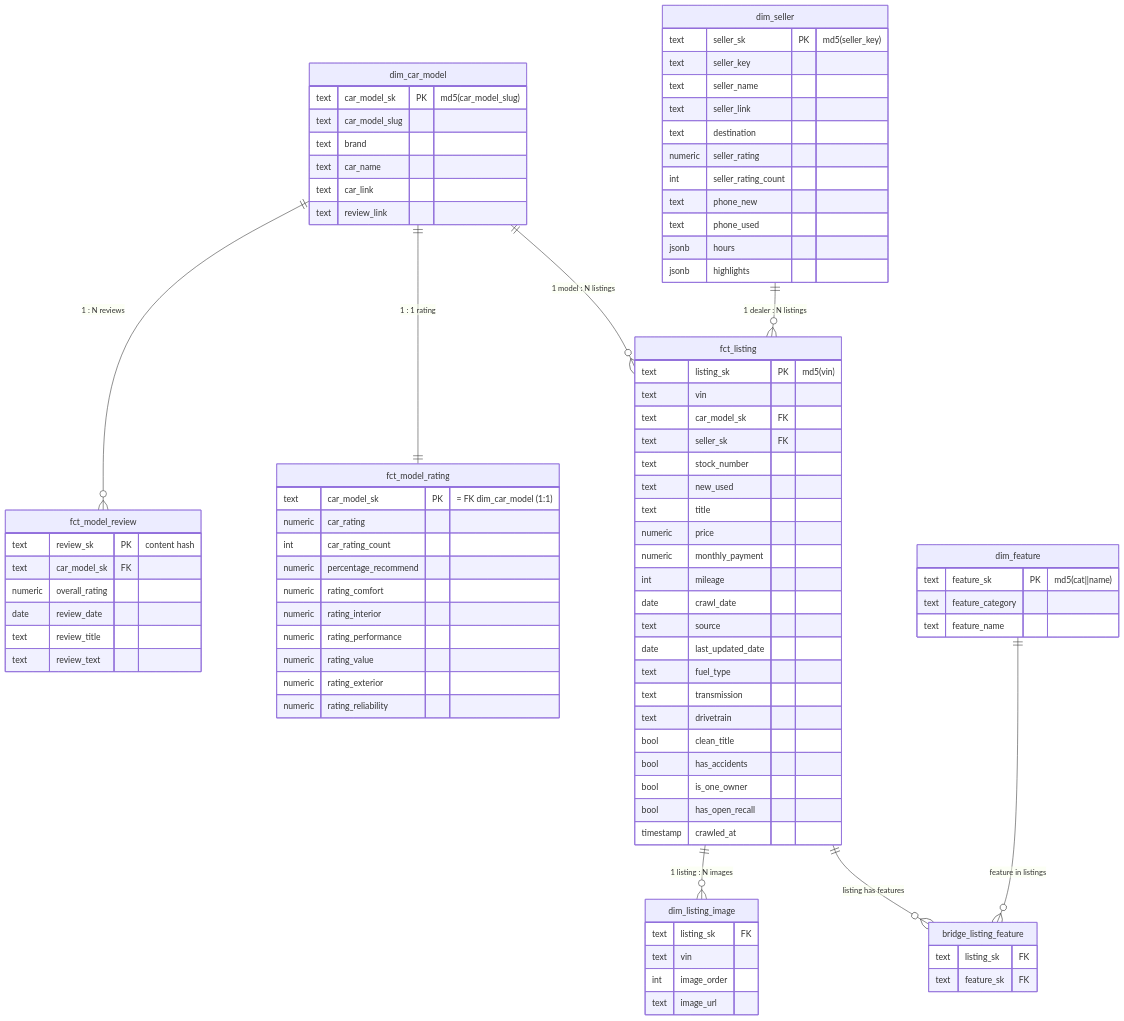
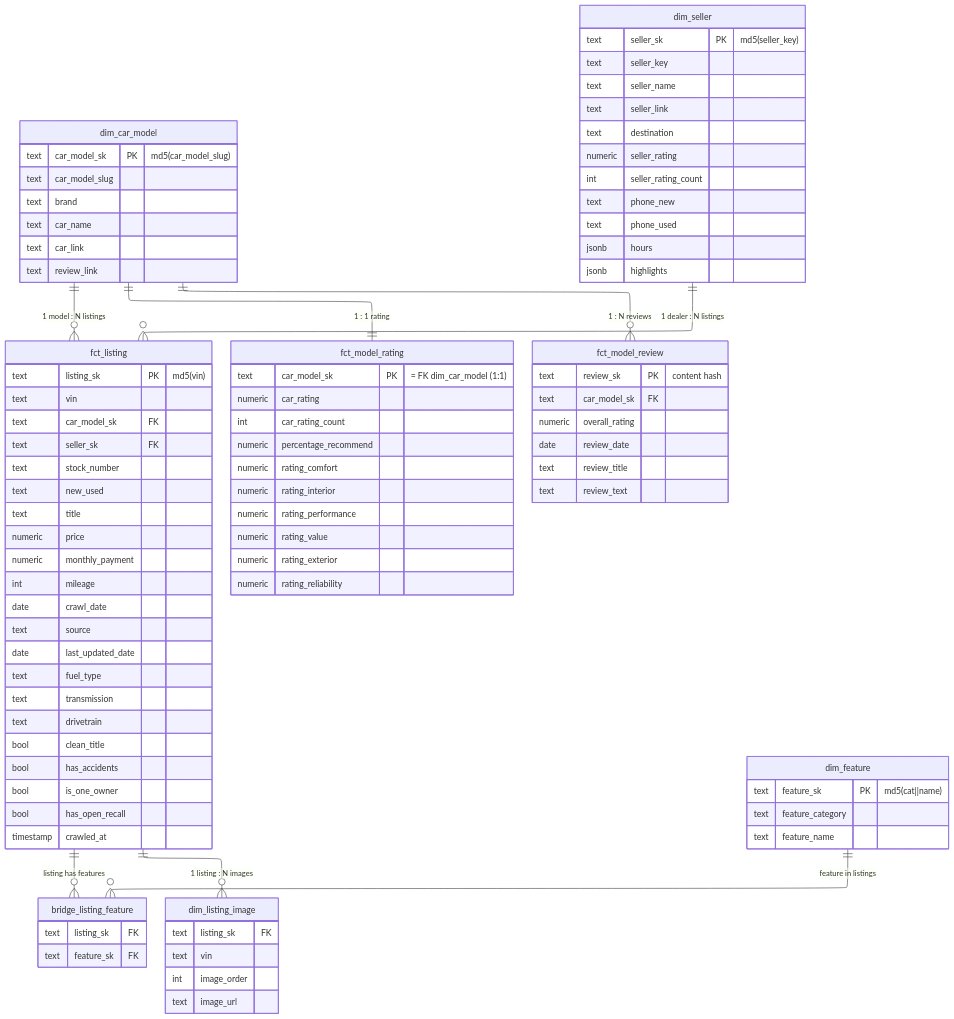
One commit to NleHope/car-recsys-consultant-chatbot changed the sixth of 9 diagrams in docs/architecture/diagrams.md. Above: the diagram before and after it, drawn with Mermaid. The commit also changed other lines of this file, not shown here.

First line of the commit message:
docs: orthogonal (90-degree) edges on ERDs via elk layout

````diff
--- a/docs/architecture/diagrams.md
+++ b/docs/architecture/diagrams.md
@@ -197,4 +197,5 @@
 ```mermaid
+%%{init: {'layout': 'elk'}}%%
 erDiagram
   dim_car_model   ||--o{ fct_listing       : "1 model : N listings"
   dim_car_model   ||--|| fct_model_rating   : "1 : 1 rating"
````
